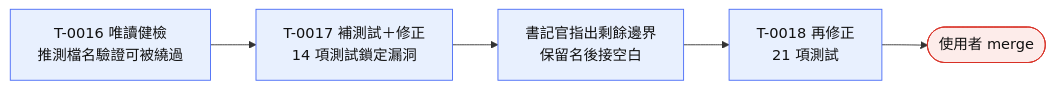
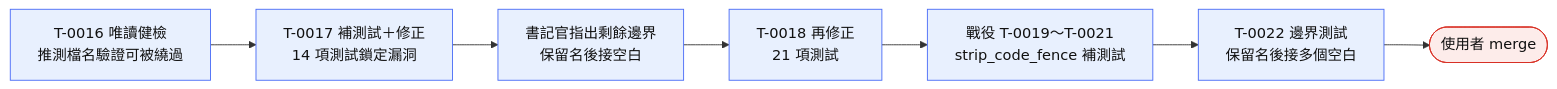
Before and after one commit to lederyide-dotcom/agent-legion: the third of 3 diagrams in README.md, drawn with Mermaid. The commit also changed other lines of this file, not shown here.

Commit message:
README 更新：實跑例子延伸到戰役 T-0019～T-0021 與 T-0022（含停下與例外核准的說明）、legion --version、專案結構加授權與引用檔、公開版授權已決定採方案 A（PolyForm Noncommercial＋CC BY-NC-SA）；3 張 mermaid 實測可轉圖

````diff
--- a/README.md
+++ b/README.md
@@ -76,12 +76,14 @@
 ```mermaid
 flowchart LR
     H["T-0016 唯讀健檢<br/>推測檔名驗證可被繞過"] --> T["T-0017 補測試＋修正<br/>14 項測試鎖定漏洞"]
     T --> S["書記官指出剩餘邊界<br/>保留名後接空白"]
     S --> F["T-0018 再修正<br/>21 項測試"]
-    F --> M(["使用者 merge"])
+    F --> W["戰役 T-0019～T-0021<br/>strip_code_fence 補測試"]
+    W --> B["T-0022 邊界測試<br/>保留名後接多個空白"]
+    B --> M(["使用者 merge"])
 
     classDef claude fill:#e8f0fe,stroke:#4a6cf7,color:#111
     classDef human fill:#fdecea,stroke:#d93025,color:#111
-    class H,T,S,F claude
+    class H,T,S,F,W,B claude
     class M human
 ```
````
